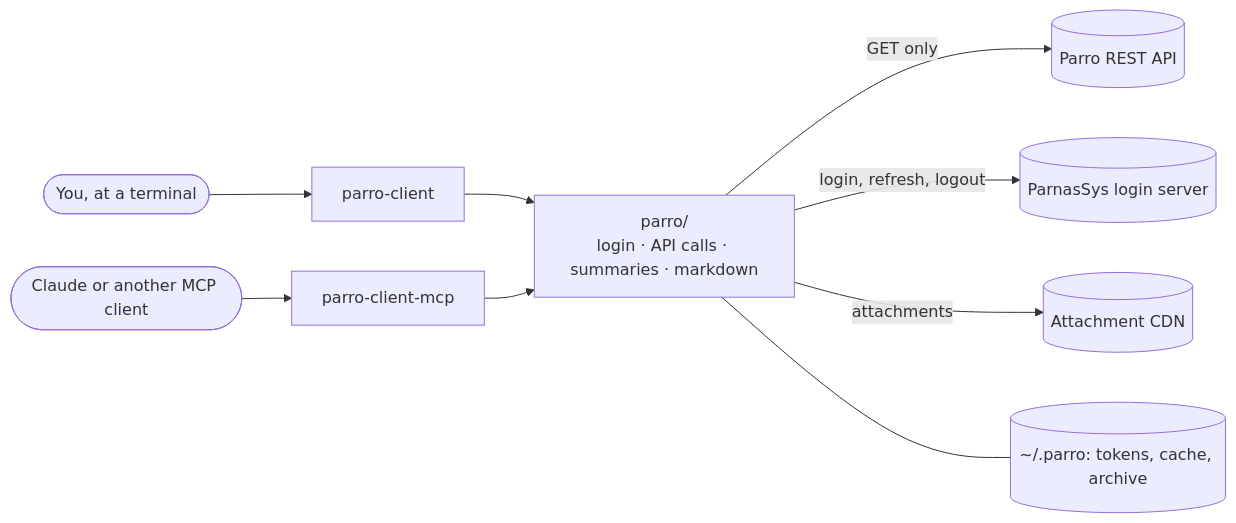
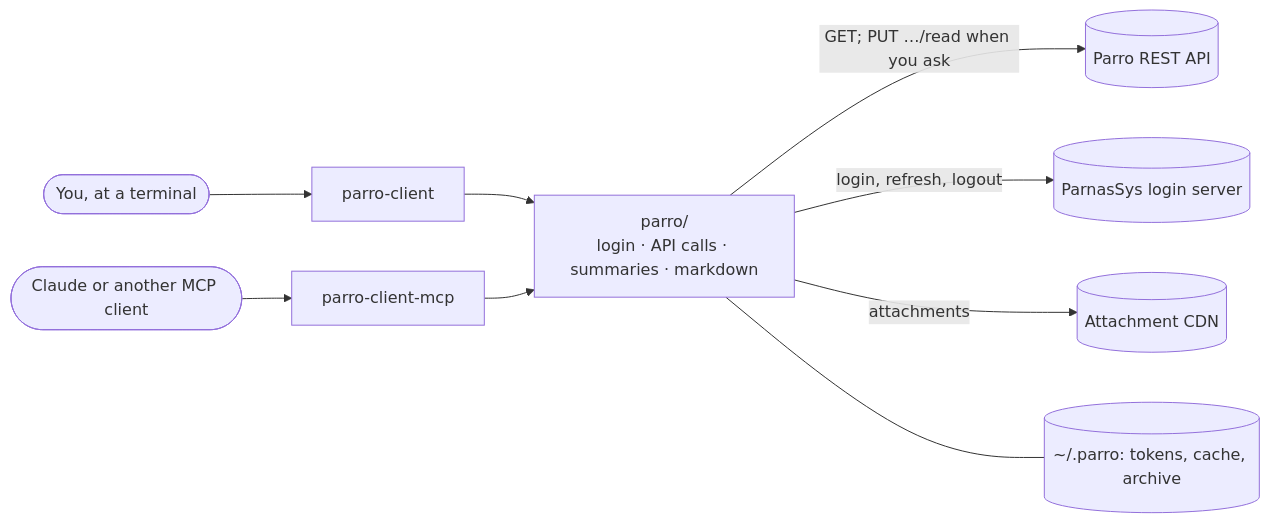
The diagram in README.md (chris-swift-dev/parro-api-client), drawn with Mermaid before and after one commit. The commit also changed other lines of this file and 40 other files, not shown here.

First line of the commit message:
Read state: an unread-only overview, mark as read, chat filters and more endpoints (#10)

````diff
--- a/README.md
+++ b/README.md
@@ -79,11 +82,11 @@
 ```mermaid
 flowchart LR
   you([You, at a terminal]) --> cli[parro-client]
   claude([Claude or another MCP client]) --> mcp[parro-client-mcp]
   cli --> core["parro/<br>login · API calls · summaries · markdown"]
   mcp --> core
-  core -- "GET only" --> api[(Parro REST API)]
+  core -- "GET; PUT …/read when you ask" --> api[(Parro REST API)]
   core -- "login, refresh, logout" --> idp[(ParnasSys login server)]
   core -- "attachments" --> cdn[(Attachment CDN)]
   core --- disk[("~/.parro: tokens, cache, archive")]
 ```
````
